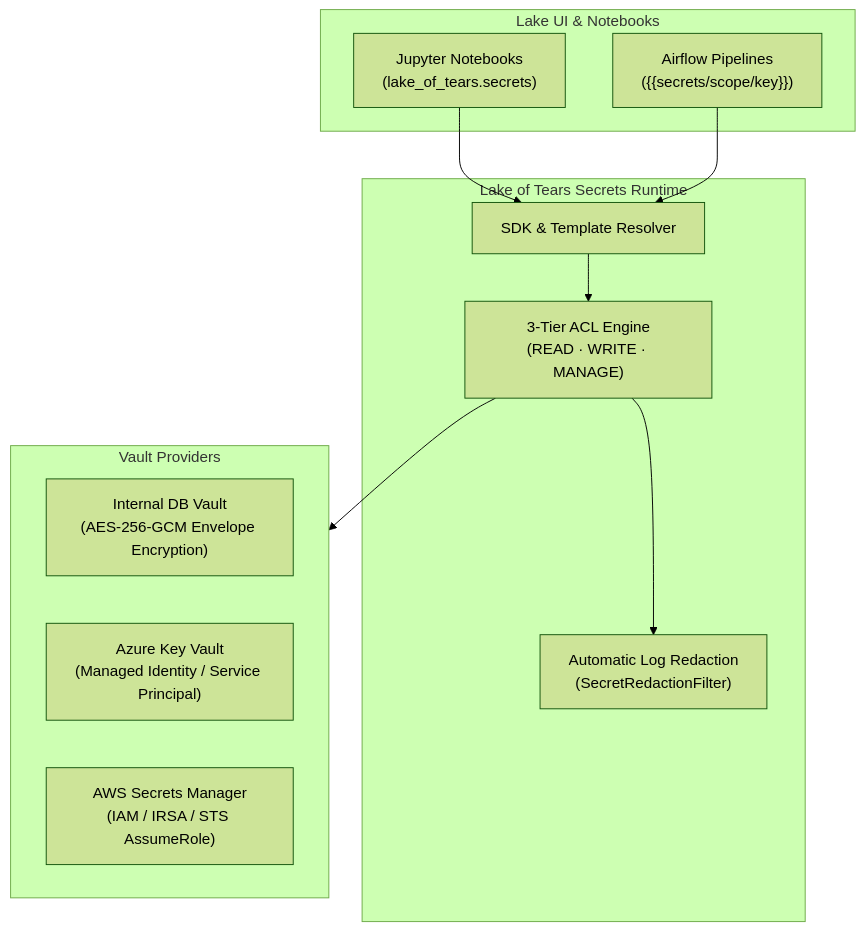
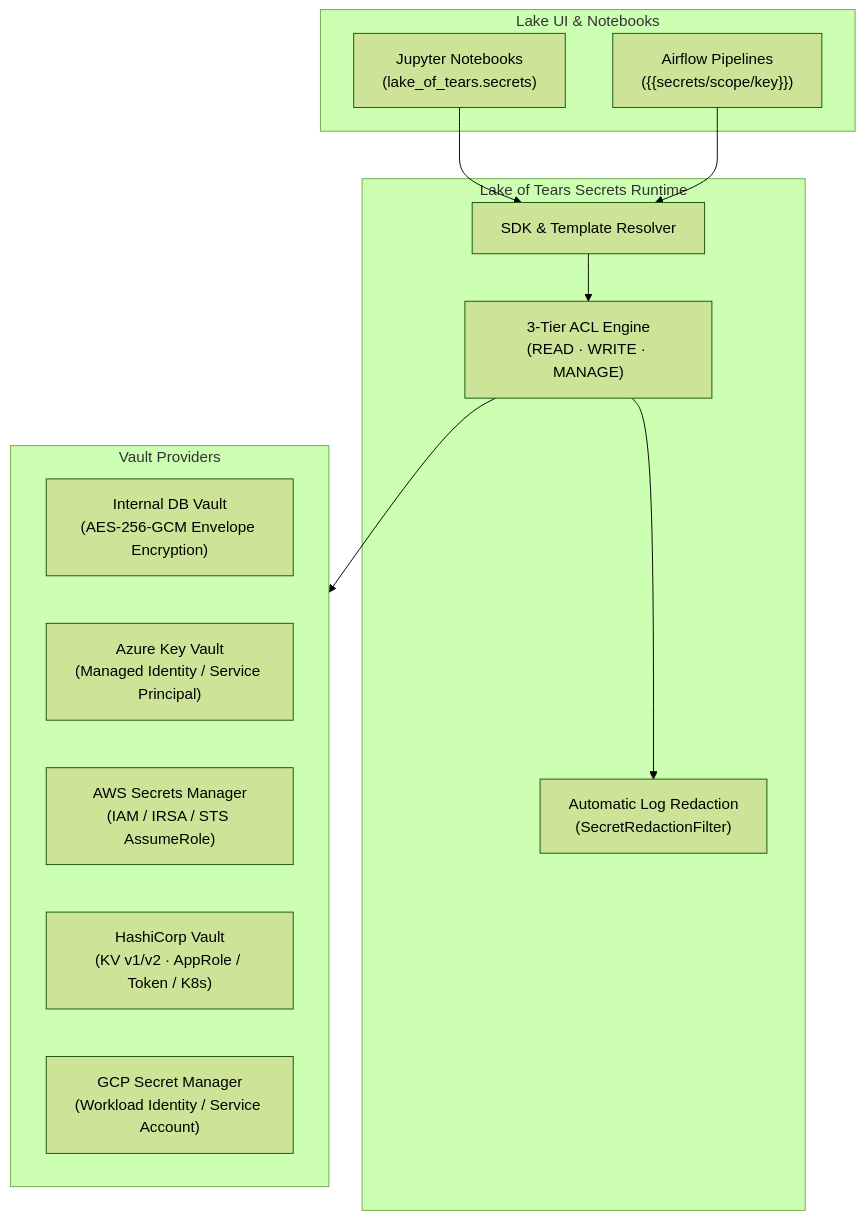
Before and after one commit to Lake-of-Tears/lake-of-tears: the first of 2 diagrams in docs/wiki/Secret-Management.md, drawn with Mermaid (forest theme). The commit also changed other lines of this file and 14 other files, not shown here.

First line of the commit message:
feat(secrets): external providers - HashiCorp Vault & Google Cloud Secret Manager (#384) (#418)

````diff
--- a/docs/wiki/Secret-Management.md
+++ b/docs/wiki/Secret-Management.md
@@ -13,25 +13,27 @@
 ```mermaid
 flowchart TD
     subgraph UI_Shell["Lake UI & Notebooks"]
         NB["Jupyter Notebooks<br/>(lake_of_tears.secrets)"]
         Pipe["Airflow Pipelines<br/>({{secrets/scope/key}})"]
     end
 
     subgraph Security_Boundary["Lake of Tears Secrets Runtime"]
         SDK["SDK & Template Resolver"]
         Redact["Automatic Log Redaction<br/>(SecretRedactionFilter)"]
         ACL["3-Tier ACL Engine<br/>(READ · WRITE · MANAGE)"]
     end
 
     subgraph Providers["Vault Providers"]
         Internal["Internal DB Vault<br/>(AES-256-GCM Envelope Encryption)"]
         Azure["Azure Key Vault<br/>(Managed Identity / Service Principal)"]
         AWS["AWS Secrets Manager<br/>(IAM / IRSA / STS AssumeRole)"]
+        Hashi["HashiCorp Vault<br/>(KV v1/v2 · AppRole / Token / K8s)"]
+        GCP["GCP Secret Manager<br/>(Workload Identity / Service Account)"]
     end
 
     NB --> SDK
     Pipe --> SDK
     SDK --> ACL
     ACL --> Redact
     ACL --> Providers
 ```
````
